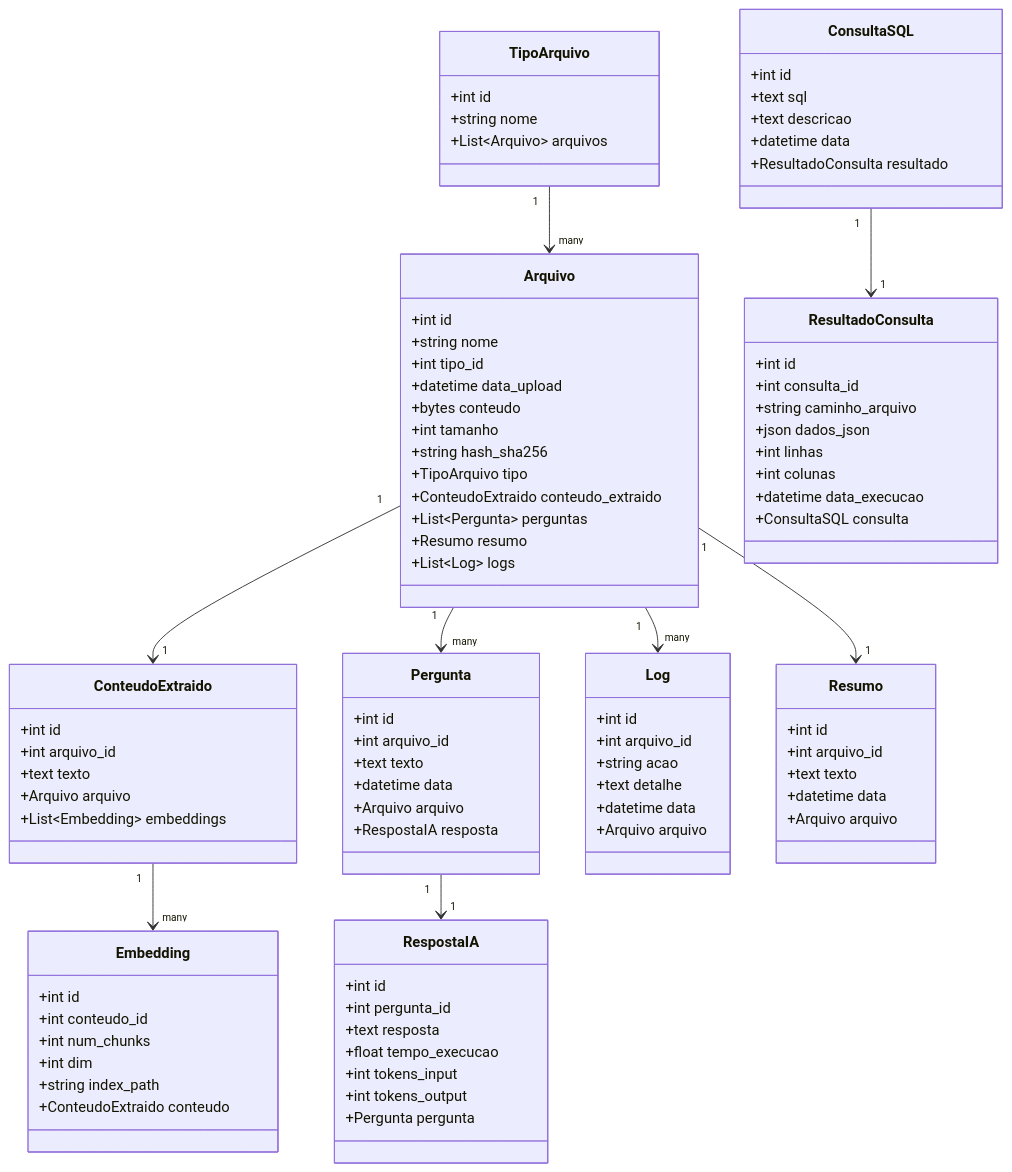
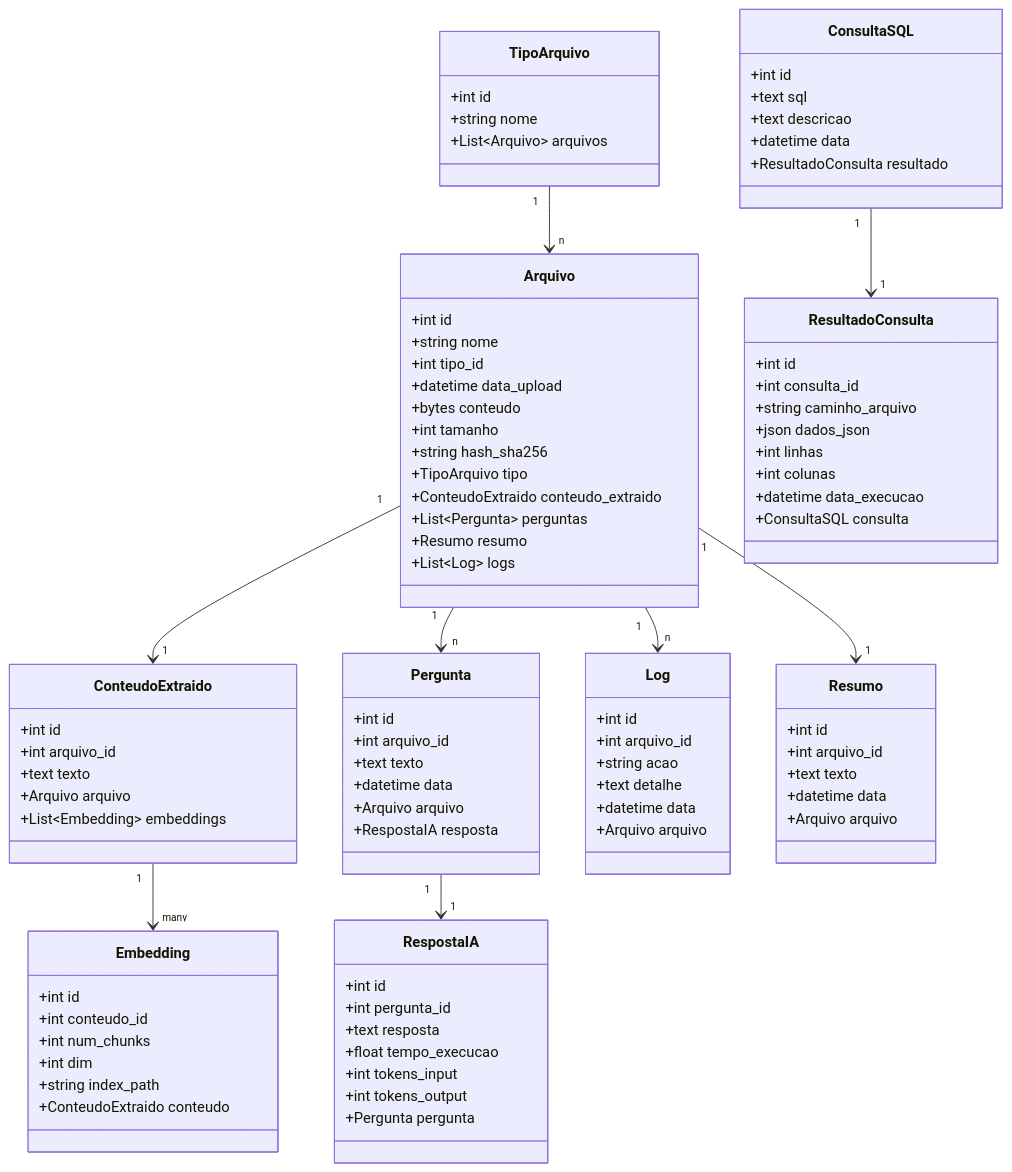
One commit to felipecidade94/analisador-arquivos changed the diagram in README.md. Above: the diagram before and after it, drawn with Mermaid.

`````diff
--- a/README.md
+++ b/README.md
@@ -127,12 +127,12 @@
         +ConsultaSQL consulta
     }
 
-    TipoArquivo "1" --> "many" Arquivo
+    TipoArquivo "1" --> "n" Arquivo
     Arquivo "1" --> "1" ConteudoExtraido
     ConteudoExtraido "1" --> "many" Embedding
-    Arquivo "1" --> "many" Pergunta
+    Arquivo "1" --> "n" Pergunta
     Pergunta "1" --> "1" RespostaIA
     Arquivo "1" --> "1" Resumo
-    Arquivo "1" --> "many" Log
+    Arquivo "1" --> "n" Log
     ConsultaSQL "1" --> "1" ResultadoConsulta
 ````
`````
